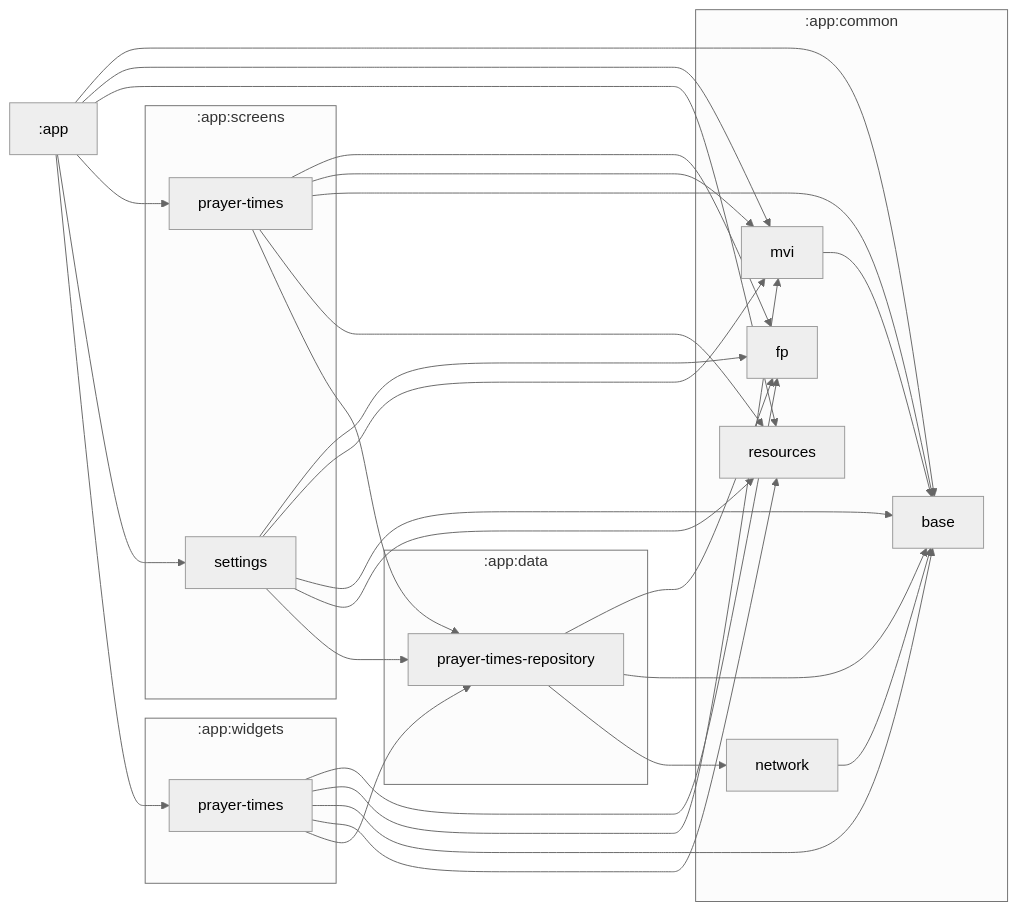
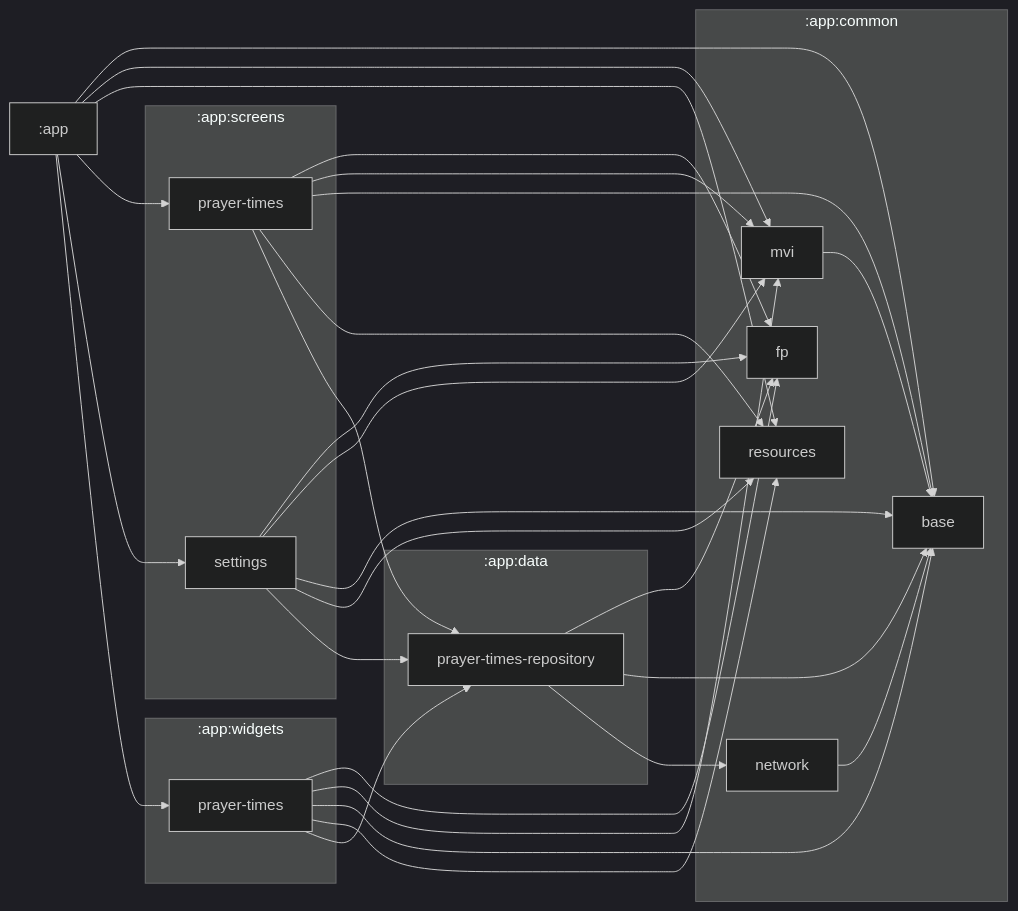
One commit to ibad-al-rahman/android-public changed the diagram in README.md. Above: the diagram before and after it, drawn with Mermaid. The commit also changed other lines of this file and 1 other file, not shown here.

Commit message:
added moduleGraphConfig

````diff
--- a/README.md
+++ b/README.md
@@ -18,52 +18,52 @@
 ```mermaid
 %%{
   init: {
-    'theme': 'neutral'
+    'theme': 'dark'
   }
 }%%
 
 graph LR
   subgraph :app:common
     :app:common:fp["fp"]
     :app:common:base["base"]
     :app:common:network["network"]
     :app:common:mvi["mvi"]
     :app:common:resources["resources"]
   end
   subgraph :app:data
     :app:data:prayer-times-repository["prayer-times-repository"]
   end
   subgraph :app:screens
     :app:screens:settings["settings"]
     :app:screens:prayer-times["prayer-times"]
   end
   subgraph :app:widgets
     :app:widgets:prayer-times["prayer-times"]
   end
   :app:data:prayer-times-repository --> :app:common:fp
   :app:data:prayer-times-repository --> :app:common:base
   :app:data:prayer-times-repository --> :app:common:network
   :app:screens:settings --> :app:common:fp
   :app:screens:settings --> :app:common:mvi
   :app:screens:settings --> :app:common:base
   :app:screens:settings --> :app:common:resources
   :app:screens:settings --> :app:data:prayer-times-repository
   :app --> :app:common:base
   :app --> :app:common:mvi
   :app --> :app:common:resources
   :app --> :app:screens:prayer-times
   :app --> :app:screens:settings
   :app --> :app:widgets:prayer-times
   :app:widgets:prayer-times --> :app:common:fp
   :app:widgets:prayer-times --> :app:common:mvi
   :app:widgets:prayer-times --> :app:common:base
   :app:widgets:prayer-times --> :app:common:resources
   :app:widgets:prayer-times --> :app:data:prayer-times-repository
   :app:screens:prayer-times --> :app:common:fp
   :app:screens:prayer-times --> :app:common:mvi
   :app:screens:prayer-times --> :app:common:base
   :app:screens:prayer-times --> :app:common:resources
   :app:screens:prayer-times --> :app:data:prayer-times-repository
   :app:common:network --> :app:common:base
   :app:common:mvi --> :app:common:base
 ```
````
